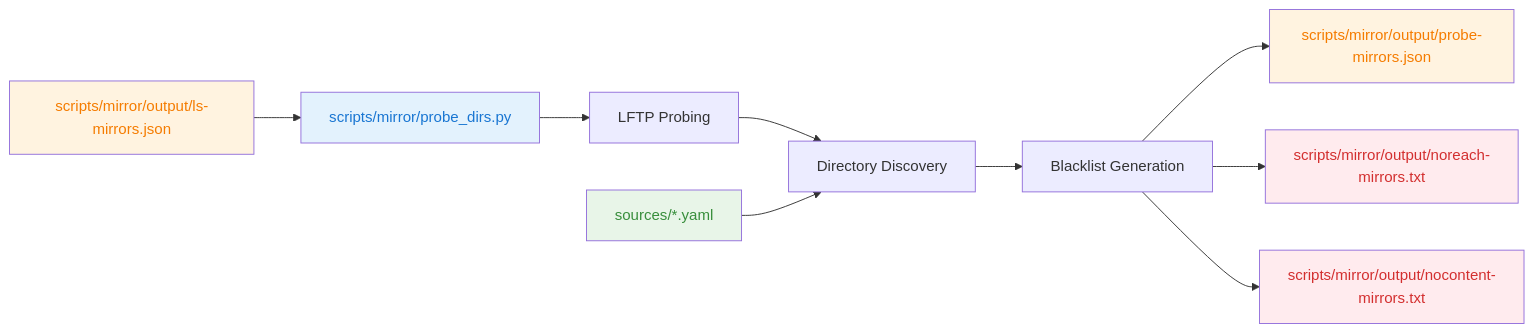
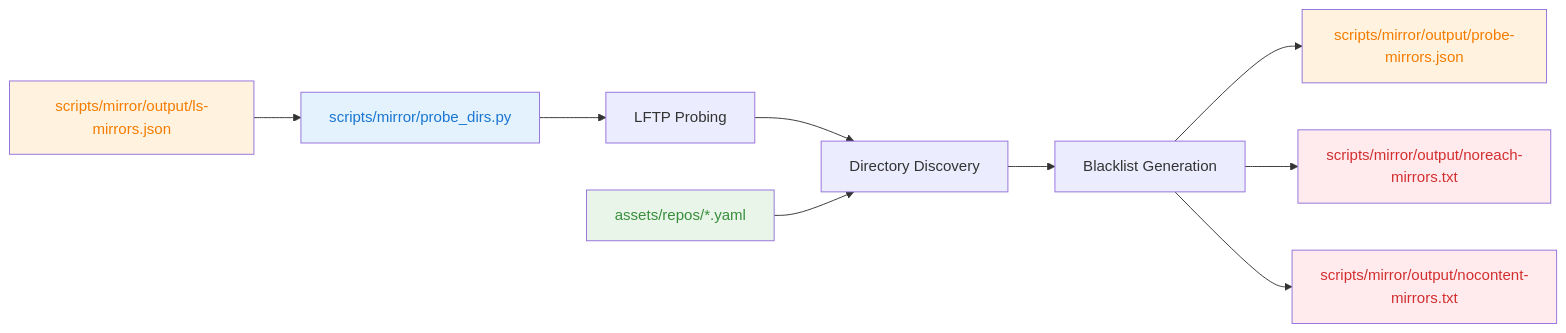
The fourth of 6 diagrams in scripts/mirror/README.md (xiaobingling93-pixel/openeuler-epkg), drawn with Mermaid before and after one commit. The commit also changed other lines of this file and 27 other files, not shown here.

````diff
--- a/scripts/mirror/README.md
+++ b/scripts/mirror/README.md
@@ -428,19 +430,19 @@
 ```mermaid
 graph LR
     A[scripts/mirror/output/ls-mirrors.json] --> B[scripts/mirror/probe_dirs.py]
     B --> C[LFTP Probing]
     C --> D[Directory Discovery]
     D --> E[Blacklist Generation]
     E --> F[scripts/mirror/output/probe-mirrors.json]
     E --> H[scripts/mirror/output/noreach-mirrors.txt]
     E --> I[scripts/mirror/output/nocontent-mirrors.txt]
 
-    J[sources/*.yaml] --> D
+    J[assets/repos/*.yaml] --> D
 
     style B fill:#e3f2fd,color:#1976d2
     style A fill:#fff3e0,color:#f57c00
     style F fill:#fff3e0,color:#f57c00
     style H fill:#ffebee,color:#d32f2f
     style I fill:#ffebee,color:#d32f2f
     style J fill:#e8f5e8,color:#388e3c
 ```
````
